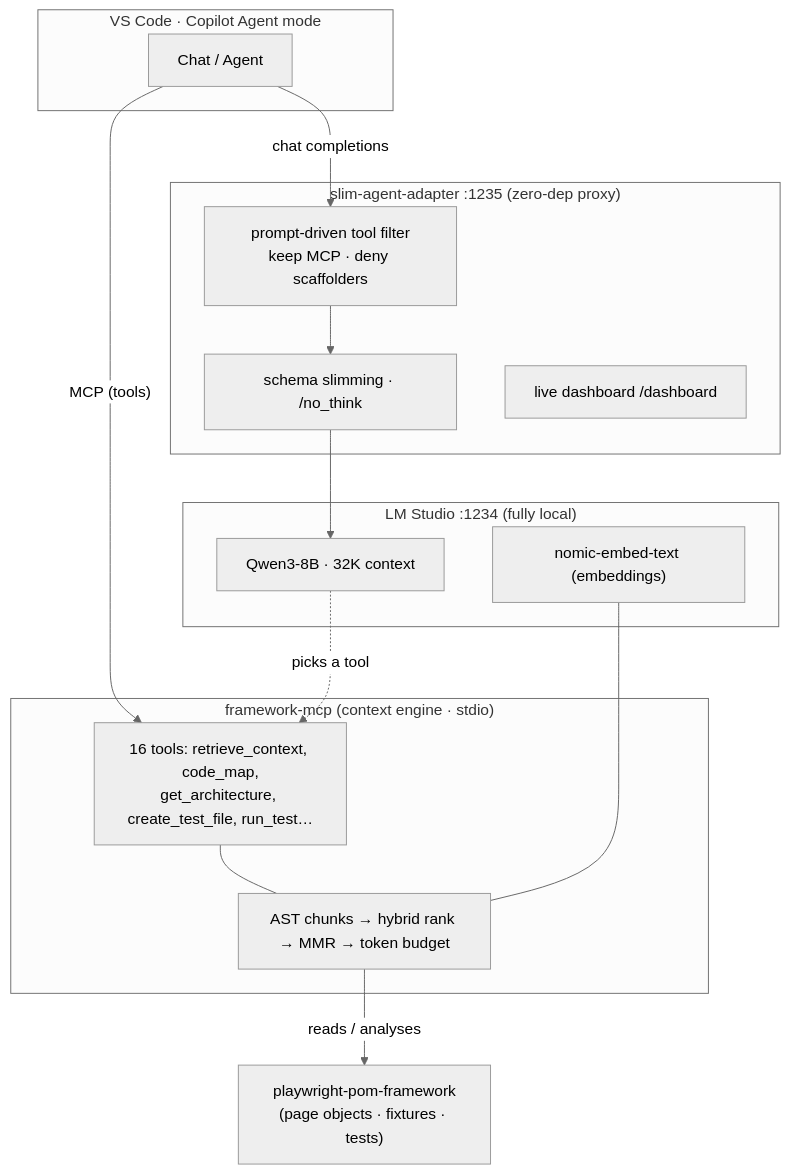
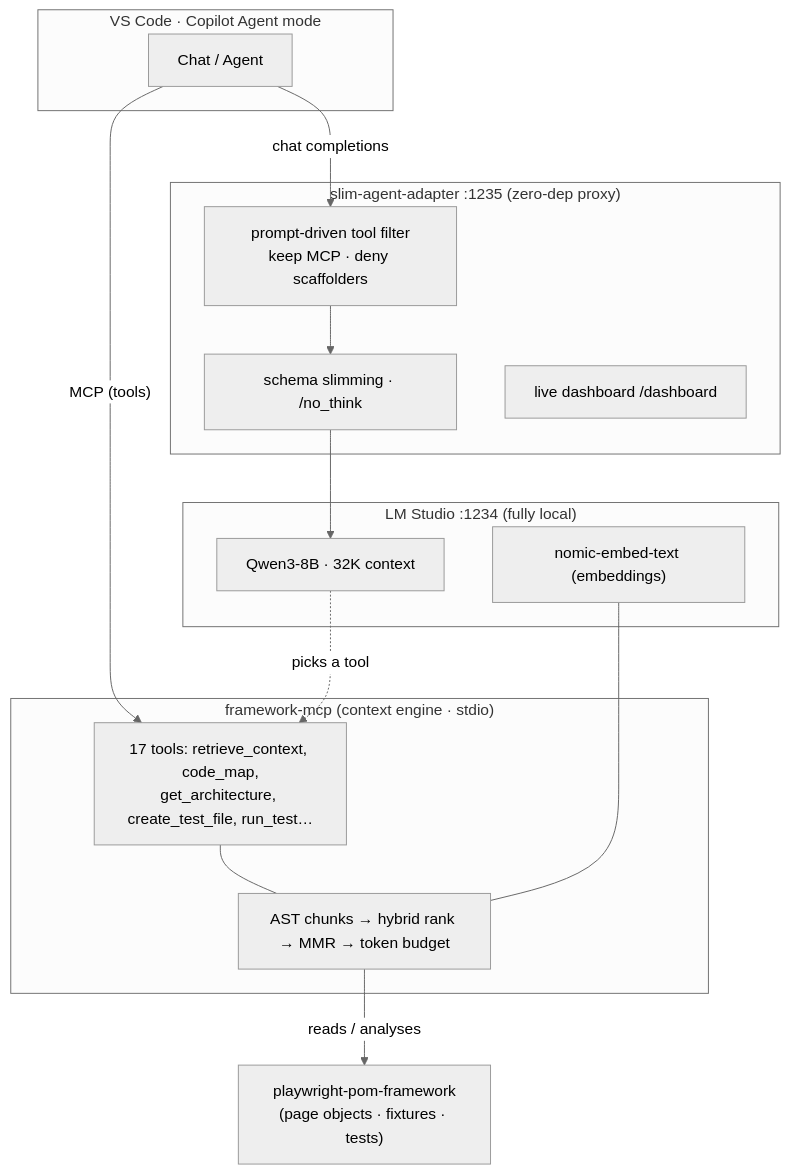
One commit to pruthive580/PlayWright-RAG-CustomMCP changed the diagram in README.md. Above: the diagram before and after it, drawn with Mermaid (neutral theme). The commit also changed other lines of this file and 6 other files, not shown here.

````diff
--- a/README.md
+++ b/README.md
@@ -24,31 +24,31 @@
 ```mermaid
 flowchart TB
   subgraph vscode["VS Code · Copilot Agent mode"]
     chat["Chat / Agent"]
   end
 
   subgraph adapter["slim-agent-adapter  :1235  (zero-dep proxy)"]
     filt["prompt-driven tool filter<br/>keep MCP · deny scaffolders"]
     slim["schema slimming · /no_think"]
     dash["live dashboard /dashboard"]
   end
 
   subgraph lms["LM Studio  :1234  (fully local)"]
     llm["Qwen3-8B · 32K context"]
     emb["nomic-embed-text (embeddings)"]
   end
 
   subgraph mcp["framework-mcp  (context engine · stdio)"]
-    tools["16 tools: retrieve_context, code_map,<br/>get_architecture, create_test_file, run_test…"]
+    tools["17 tools: retrieve_context, code_map,<br/>get_architecture, create_test_file, run_test…"]
     rag["AST chunks → hybrid rank → MMR → token budget"]
   end
 
   fw["playwright-pom-framework<br/>(page objects · fixtures · tests)"]
 
   chat -- "chat completions" --> filt --> slim --> llm
   emb --- rag
   chat -- "MCP (tools)" --> tools
   tools --- rag
   rag -- "reads / analyses" --> fw
   llm -. "picks a tool" .-> tools
 ```
````
